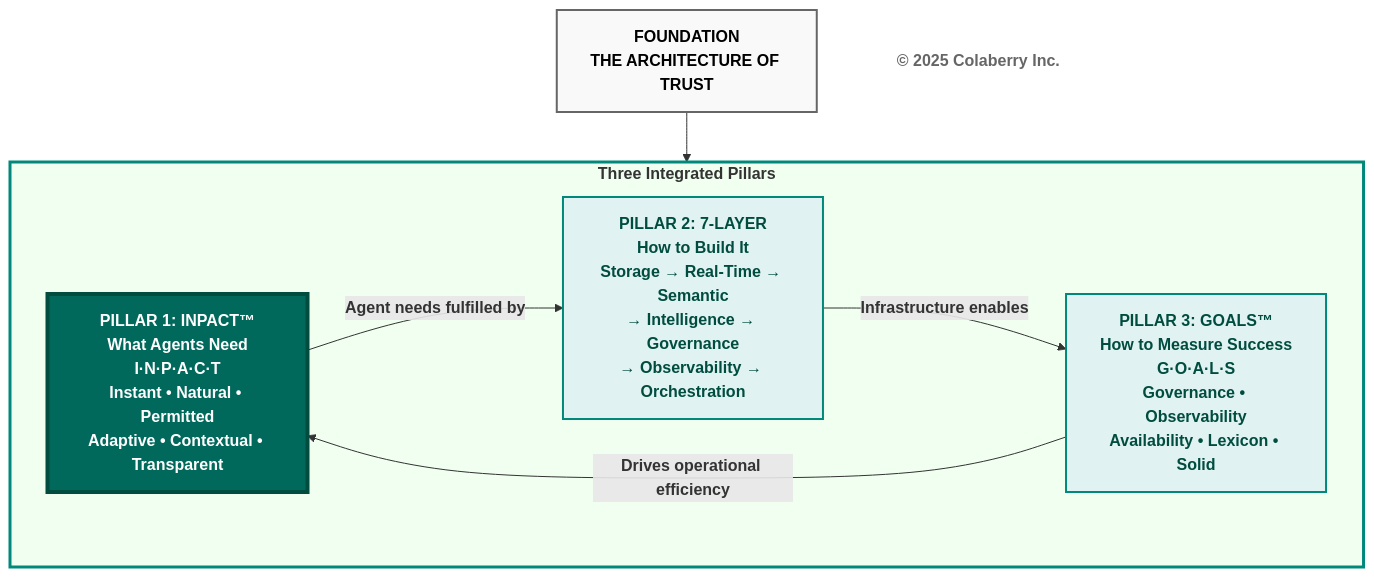
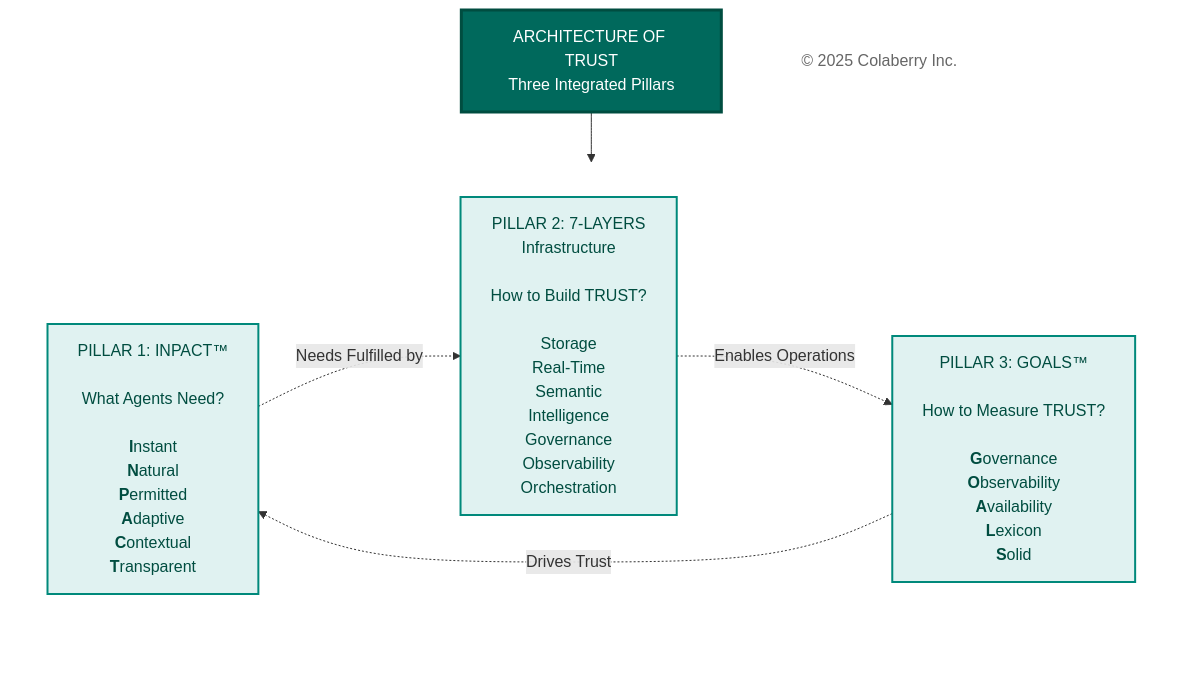
One commit to saitejesh-cyber/trust-before-intelligence-book changed the second of 12 diagrams in manuscript/03_chapter_2_inpact_framework_v3_7.md. Above: the diagram before and after it, drawn with Mermaid. The commit also changed other lines of this file, not shown here.

Commit message:
Reusing architecture of trust diagram
Reusing architecture of trust diagram

````diff
--- a/manuscript/03_chapter_2_inpact_framework_v3_7.md
+++ b/manuscript/03_chapter_2_inpact_framework_v3_7.md
@@ -63,27 +63,33 @@
 ```mermaid
+
+
 graph TB
-    subgraph ARCH["<b>Three Integrated Pillars</b>"]
-        PILLAR1["<b>PILLAR 1: INPACT™</b><br/><b>What Agents Need</b><br/><b>I·N·P·A·C·T</b><br/><b>Instant • Natural • Permitted</b><br/><b>Adaptive • Contextual • Transparent</b>"]
+    Title["ARCHITECTURE OF TRUST<br/>Three Integrated Pillars"]
+    
+    subgraph PILLARS[" "]
+        direction LR
+        INPACT["PILLAR 1: INPACT™<br/><br/>What Agents Need?<br/><br/><b>I</b>nstant<br/><b>N</b>atural<br/><b>P</b>ermitted<br/><b>A</b>daptive<br/><b>C</b>ontextual<br/><b>T</b>ransparent"]
         
-        PILLAR2["<b>PILLAR 2: 7-LAYER</b><br/><b>How to Build It</b><br/><b>Storage → Real-Time → Semantic</b><br/><b>→ Intelligence → Governance</b><br/><b>→ Observability → Orchestration</b>"]
+        Layers["PILLAR 2: 7-LAYERS<br/>Infrastructure<br/><br/>How to Build TRUST?<br/><br/>Storage<br/>Real-Time<br/>Semantic<br/>Intelligence<br/>Governance<br/>Observability<br/>Orchestration"]
         
-        PILLAR3["<b>PILLAR 3: GOALS™</b><br/><b>How to Measure Success</b><br/><b>G·O·A·L·S</b><br/><b>Governance • Observability</b><br/><b>Availability • Lexicon • Solid</b>"]
-        
-        PILLAR1 -->|<b>Agent needs fulfilled by</b>| PILLAR2
-        PILLAR2 -->|<b>Infrastructure enables</b>| PILLAR3
-        PILLAR3 -->|<b>Drives operational efficiency</b>| PILLAR1
+        GOALS["PILLAR 3: GOALS™<br/><br/>How to Measure TRUST?<br/><br/><b>G</b>overnance<br/><b>O</b>bservability<br/><b>A</b>vailability<br/><b>L</b>exicon<br/><b>S</b>olid"]
     end
     
-    FOUNDATION["<b>FOUNDATION</b><br/><b>THE ARCHITECTURE OF TRUST</b>"]
+    Copyright["© 2025 Colaberry Inc."]
     
-    FOUNDATION --> ARCH
+    Title --> PILLARS
     
-    style ARCH fill:#f0fff0,stroke:#00897b,stroke-width:3px
-    style PILLAR1 fill:#00695c,color:#ffffff,stroke:#004d40,stroke-width:4px
-    style PILLAR2 fill:#e0f2f1,stroke:#00897b,stroke-width:2px,color:#004d40
-    style PILLAR3 fill:#e0f2f1,stroke:#00897b,stroke-width:2px,color:#004d40
-    style FOUNDATION fill:#f9f9f9,stroke:#666666,stroke-width:2px,color:#000000
+    INPACT -.->|"Needs Fulfilled by"| Layers
+    Layers -.->|"Enables Operations"| GOALS
+    GOALS -.->|"Drives Trust"| INPACT
     
-    Copyright["<b>© 2025 Colaberry Inc.</b>"]
+    style Title fill:#00695c,color:#ffffff,stroke:#004d40,stroke-width:3px
+    style PILLARS fill:none,stroke:none
+    style INPACT fill:#e0f2f1,stroke:#00897b,stroke-width:2px,color:#004d40
+    style Layers fill:#e0f2f1,stroke:#00897b,stroke-width:2px,color:#004d40
+    style GOALS fill:#e0f2f1,stroke:#00897b,stroke-width:2px,color:#004d40
     style Copyright fill:#ffffff,stroke:none,color:#666666
+
+
+
 ```
````
